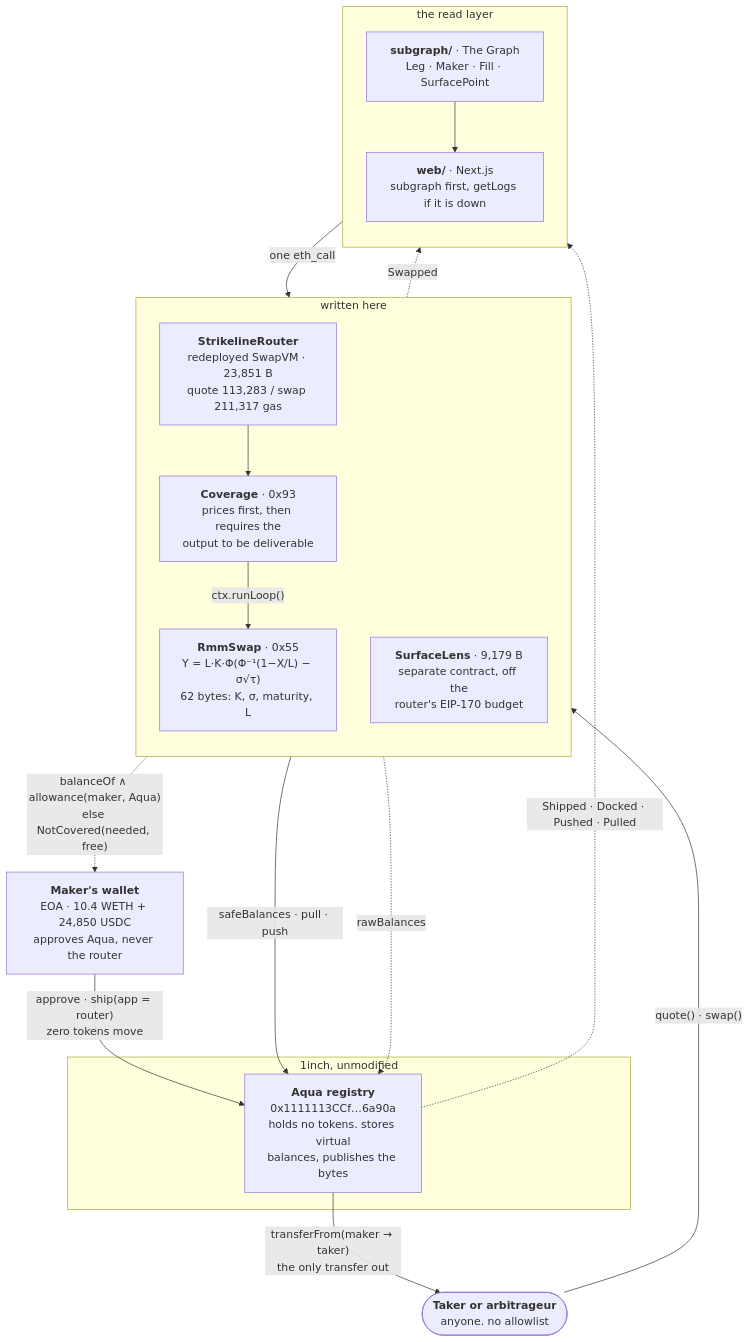
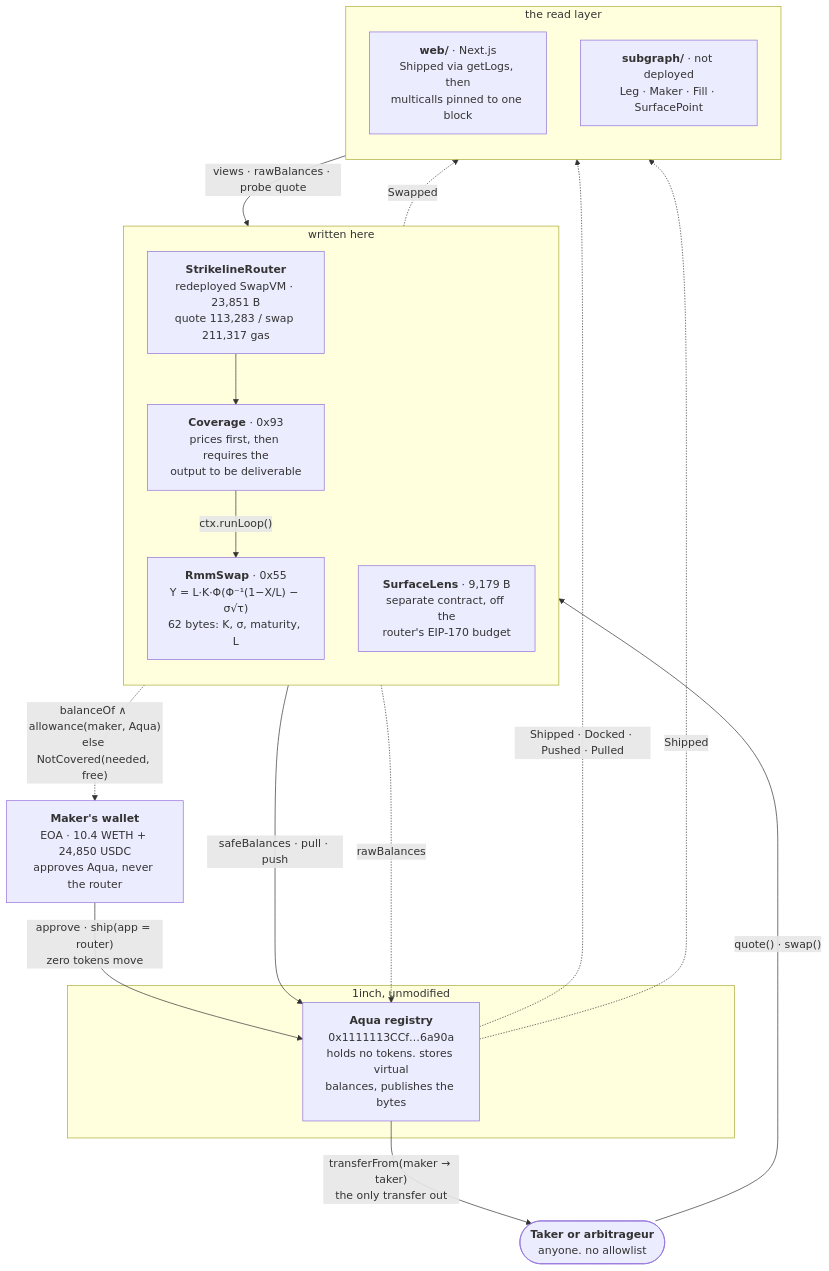
One commit to Kirillr-Sibirski/aqua-app changed the diagram in docs/ARCHITECTURE.md. Above: the diagram before and after it, drawn with Mermaid. The commit also changed other lines of this file and 10 other files, not shown here.

````diff
--- a/docs/ARCHITECTURE.md
+++ b/docs/ARCHITECTURE.md
@@ -14,39 +14,39 @@
 ```mermaid
 %% Strikeline architecture. Source of truth: the fenced block in docs/ARCHITECTURE.md.
 %% Regenerate this file and architecture.svg with the two commands at the end of that document.
 flowchart TB
   wallet["<b>Maker's wallet</b><br/>EOA · 10.4 WETH + 24,850 USDC<br/>approves Aqua, never the router"]
   taker(["<b>Taker or arbitrageur</b><br/>anyone. no allowlist"])
 
   subgraph ours["written here"]
     direction TB
     router["<b>StrikelineRouter</b><br/>redeployed SwapVM · 23,851 B<br/>quote 113,283 / swap 211,317 gas"]
     cov["<b>Coverage</b> · 0x93<br/>prices first, then requires the<br/>output to be deliverable"]
     rmm["<b>RmmSwap</b> · 0x55<br/>Y = L·K·Φ(Φ⁻¹(1−X/L) − σ√τ)<br/>62 bytes: K, σ, maturity, L"]
     lens["<b>SurfaceLens</b> · 9,179 B<br/>separate contract, off the<br/>router's EIP-170 budget"]
     router --> cov
     cov -- "ctx.runLoop()" --> rmm
   end
 
   subgraph inch["1inch, unmodified"]
     aqua["<b>Aqua registry</b><br/>0x1111113CCf…6a90a<br/>holds no tokens. stores virtual<br/>balances, publishes the bytes"]
   end
 
   subgraph read["the read layer"]
     direction TB
-    graphnode["<b>subgraph/</b> · The Graph<br/>Leg · Maker · Fill · SurfacePoint"]
-    web["<b>web/</b> · Next.js<br/>subgraph first, getLogs if it is down"]
-    graphnode --> web
+    web["<b>web/</b> · Next.js<br/>Shipped via getLogs, then<br/>multicalls pinned to one block"]
+    graphnode["<b>subgraph/</b> · not deployed<br/>Leg · Maker · Fill · SurfacePoint"]
   end
 
   wallet -- "approve · ship(app = router)<br/>zero tokens move" --> aqua
   taker -- "quote() · swap()" --> router
   router -- "safeBalances · pull · push" --> aqua
   cov -. "balanceOf ∧ allowance(maker, Aqua)<br/>else NotCovered(needed, free)" .-> wallet
   aqua -- "transferFrom(maker → taker)<br/>the only transfer out" --> taker
 
   aqua -. "Shipped · Docked · Pushed · Pulled" .-> graphnode
   router -. "Swapped" .-> graphnode
-  web -- "one eth_call" --> lens
+  aqua -. "Shipped" .-> web
+  web -- "views · rawBalances · probe quote" --> router
   lens -. "rawBalances" .-> aqua
 ```
````
